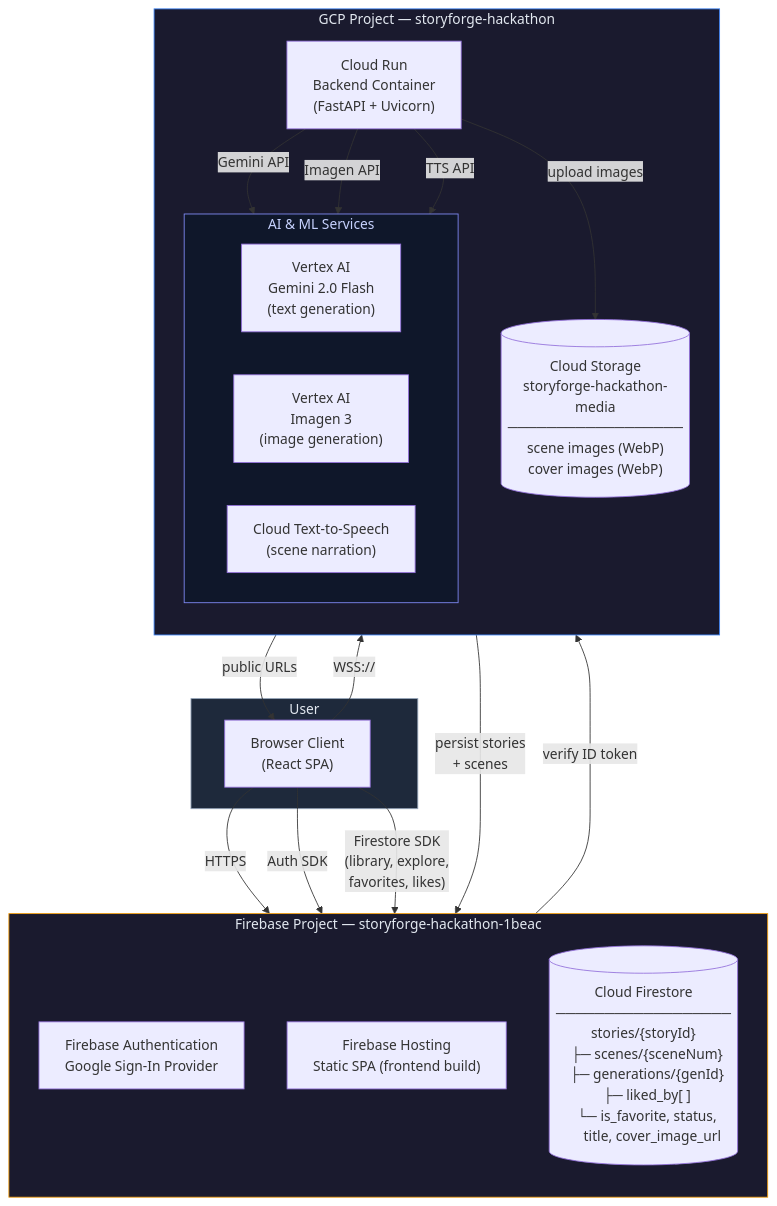
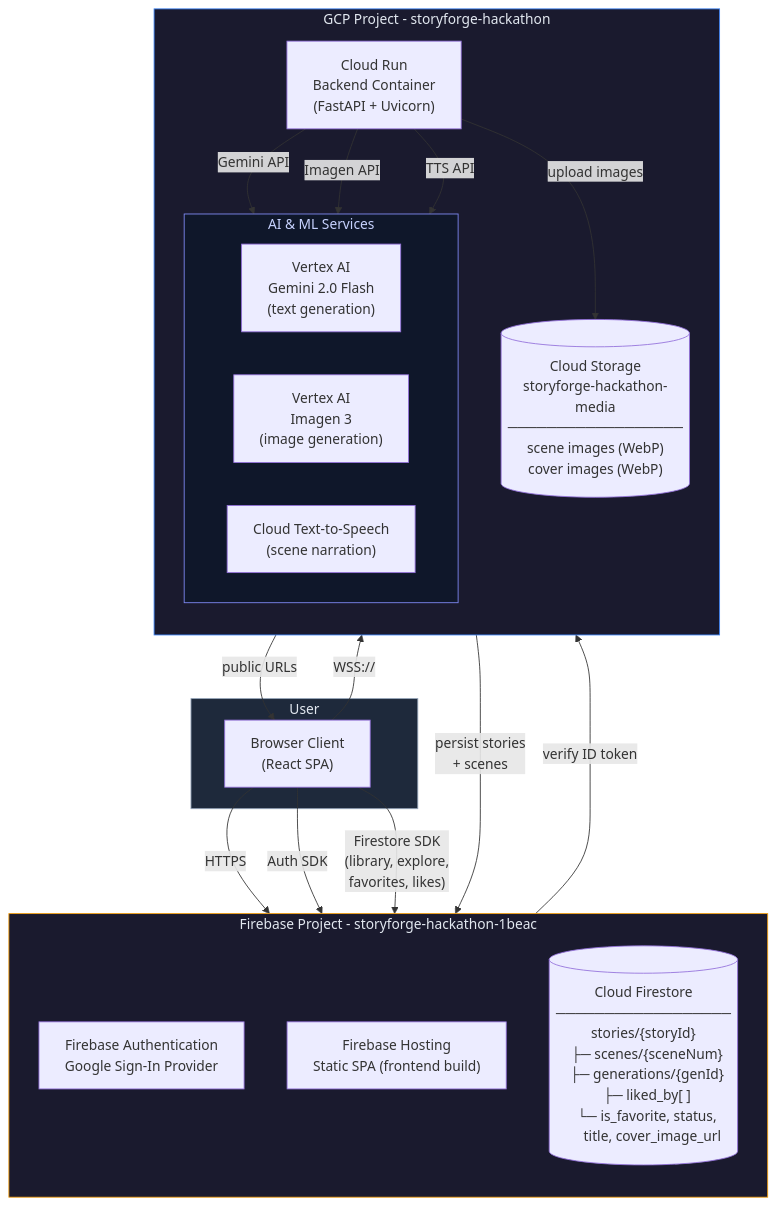
One commit to Dileep2896/reveria changed the second of 8 diagrams in README.md. Above: the diagram before and after it, drawn with Mermaid. The commit also changed other lines of this file and 71 other files, not shown here.

````diff
--- a/README.md
+++ b/README.md
@@ -154,45 +154,45 @@
 ```mermaid
 flowchart TB
     subgraph User["User"]
         Browser["Browser Client<br/>(React SPA)"]
     end
 
-    subgraph Firebase["Firebase Project — storyforge-hackathon-1beac"]
+    subgraph Firebase["Firebase Project - storyforge-hackathon-1beac"]
         direction TB
         FBAuth["Firebase Authentication<br/>Google Sign-In Provider"]
         FBHosting["Firebase Hosting<br/>Static SPA (frontend build)"]
         FBFirestore[("Cloud Firestore<br/>──────────────────<br/>stories/{storyId}<br/>  ├─ scenes/{sceneNum}<br/>  ├─ generations/{genId}<br/>  ├─ liked_by[ ]<br/>  └─ is_favorite, status,<br/>     title, cover_image_url")]
     end
 
-    subgraph GCP["GCP Project — storyforge-hackathon"]
+    subgraph GCP["GCP Project - storyforge-hackathon"]
         direction TB
         CloudRun["Cloud Run<br/>Backend Container<br/>(FastAPI + Uvicorn)"]
 
         subgraph AI["AI & ML Services"]
             direction LR
             VertexGemini["Vertex AI<br/>Gemini 2.0 Flash<br/>(text generation)"]
             VertexImagen["Vertex AI<br/>Imagen 3<br/>(image generation)"]
             GTTS["Cloud Text-to-Speech<br/>(scene narration)"]
         end
 
         GCSBucket[("Cloud Storage<br/>storyforge-hackathon-media<br/>──────────────────<br/>scene images (WebP)<br/>cover images (WebP)")]
     end
 
     Browser -->|"HTTPS"| FBHosting
     Browser -->|"WSS://"| CloudRun
     Browser -->|"Auth SDK"| FBAuth
     Browser -->|"Firestore SDK<br/>(library, explore,<br/>favorites, likes)"| FBFirestore
 
     FBAuth -->|"verify ID token"| CloudRun
     CloudRun -->|"Gemini API"| VertexGemini
     CloudRun -->|"Imagen API"| VertexImagen
     CloudRun -->|"TTS API"| GTTS
     CloudRun -->|"persist stories<br/>+ scenes"| FBFirestore
     CloudRun -->|"upload images"| GCSBucket
     GCSBucket -->|"public URLs"| Browser
 
     style User fill:#1e293b,stroke:#94a3b8,color:#e2e8f0
     style Firebase fill:#1a1a2e,stroke:#f59e0b,color:#e2e8f0
     style GCP fill:#1a1a2e,stroke:#3b82f6,color:#e2e8f0
     style AI fill:#0f172a,stroke:#818cf8,color:#c7d2fe
 ```
````
